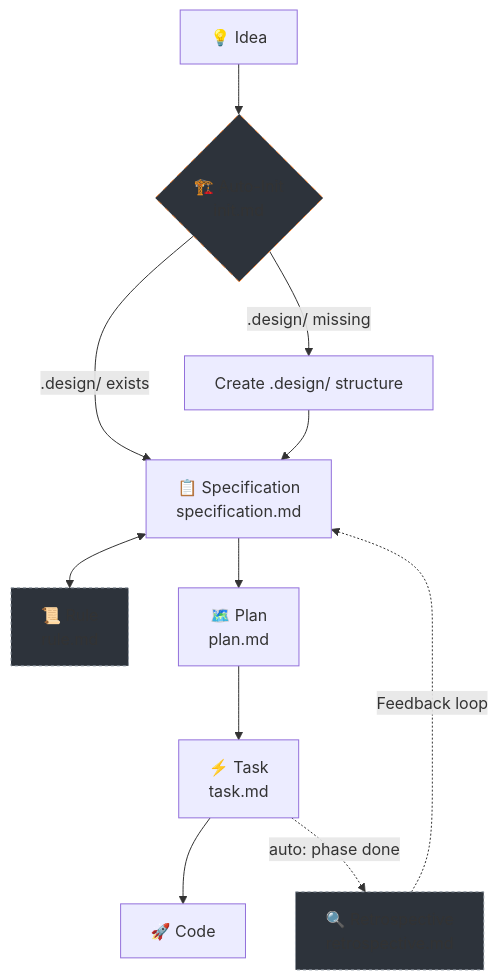
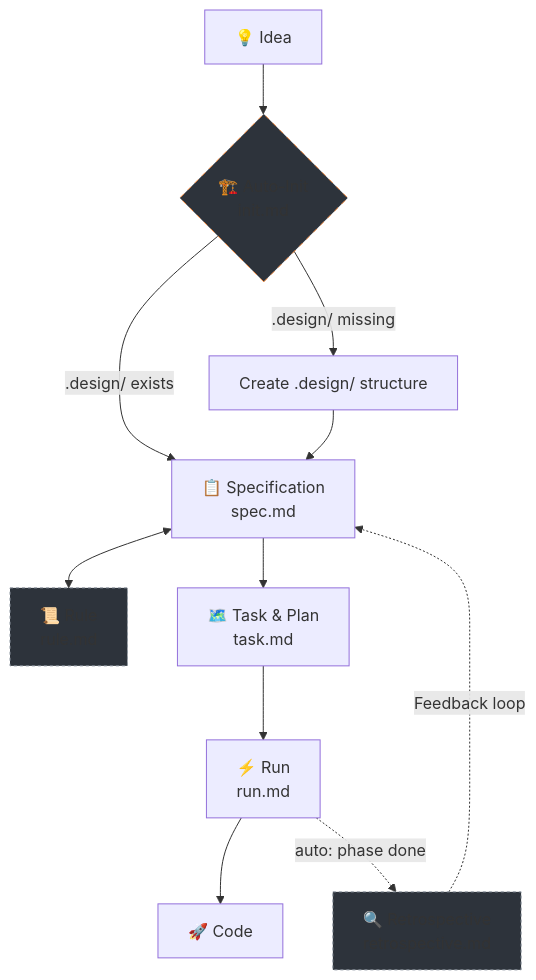
Before and after one commit to teratron/magic-spec: the first of 2 diagrams in docs/README.md, drawn with Mermaid. The commit also changed other lines of this file and 25 other files, not shown here.

````diff
--- a/docs/README.md
+++ b/docs/README.md
@@ -18,16 +18,16 @@
 ```mermaid
 graph TD
     IDEA["💡 Idea"] --> INIT{"🏗️ Auto-Init<br/>init.md"}
     INIT -->|.design/ exists| SPEC
     INIT -->|.design/ missing| CREATE["Create .design/ structure"] --> SPEC
-    SPEC["📋 Specification<br/>specification.md"] <--> RULE["📜 Rule<br/>rule.md"]
-    SPEC --> PLAN["🗺️ Plan<br/>plan.md"]
-    PLAN --> TASK["⚡ Task<br/>task.md"]
-    TASK --> CODE["🚀 Code"]
-    TASK -.->|"auto: phase done"| RETRO["🔍 Retrospective<br/>retrospective.md"]
+    SPEC["📋 Specification<br/>spec.md"] <--> RULE["📜 Rule<br/>rule.md"]
+    SPEC --> TASK["🗺️ Task & Plan<br/>task.md"]
+    TASK --> RUN["⚡ Run<br/>run.md"]
+    RUN --> CODE["🚀 Code"]
+    RUN -.->|"auto: phase done"| RETRO["🔍 Retrospective<br/>retrospective.md"]
     RETRO -.->|Feedback loop| SPEC
 
     style INIT fill:#2d333b,stroke:#f0883e,stroke-dasharray: 5 5
     style RULE fill:#2d333b,stroke:#8b949e,stroke-dasharray: 3 3
     style RETRO fill:#2d333b,stroke:#8b949e,stroke-dasharray: 3 3
 ```
````
